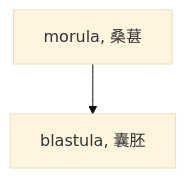
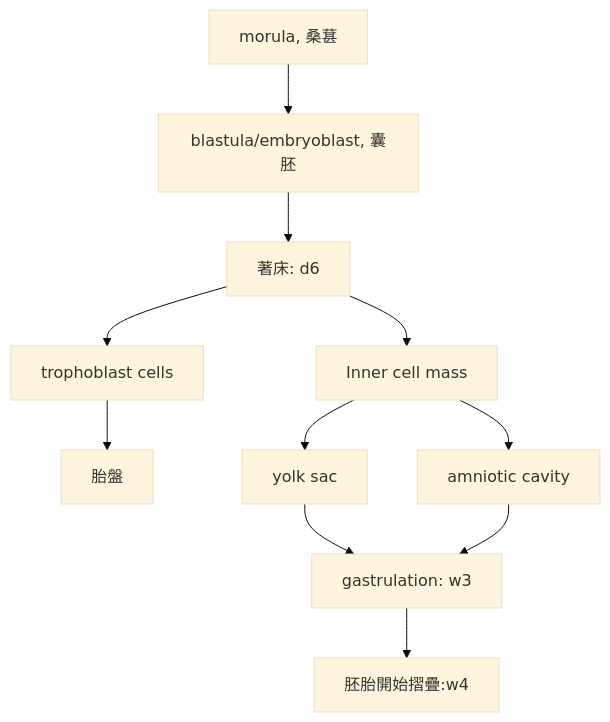
Before and after one commit to hsiu-chan/notebook: the first of 3 diagrams in notes/二下/口胚.md, drawn with Mermaid (base theme). The commit also changed other lines of this file and 16 other files, not shown here.

````diff
--- a/notes/二下/口胚.md
+++ b/notes/二下/口胚.md
@@ -25,5 +30,10 @@
 ```mermaid
 graph TD
 
-m[morula, 桑葚]-->b[blastula, 囊胚]
+m[morula, 桑葚]-->b[blastula/embryoblast, 囊胚]-->im[著床: d6]
+im-->t[trophoblast cells]-->tt[胎盤]
+im-->em[Inner cell mass]-->a[amniotic cavity]
+em-->y[yolk sac]
+y & a-->g[gastrulation: w3]-->f[胚胎開始摺疊:w4]
+
 ```
````
